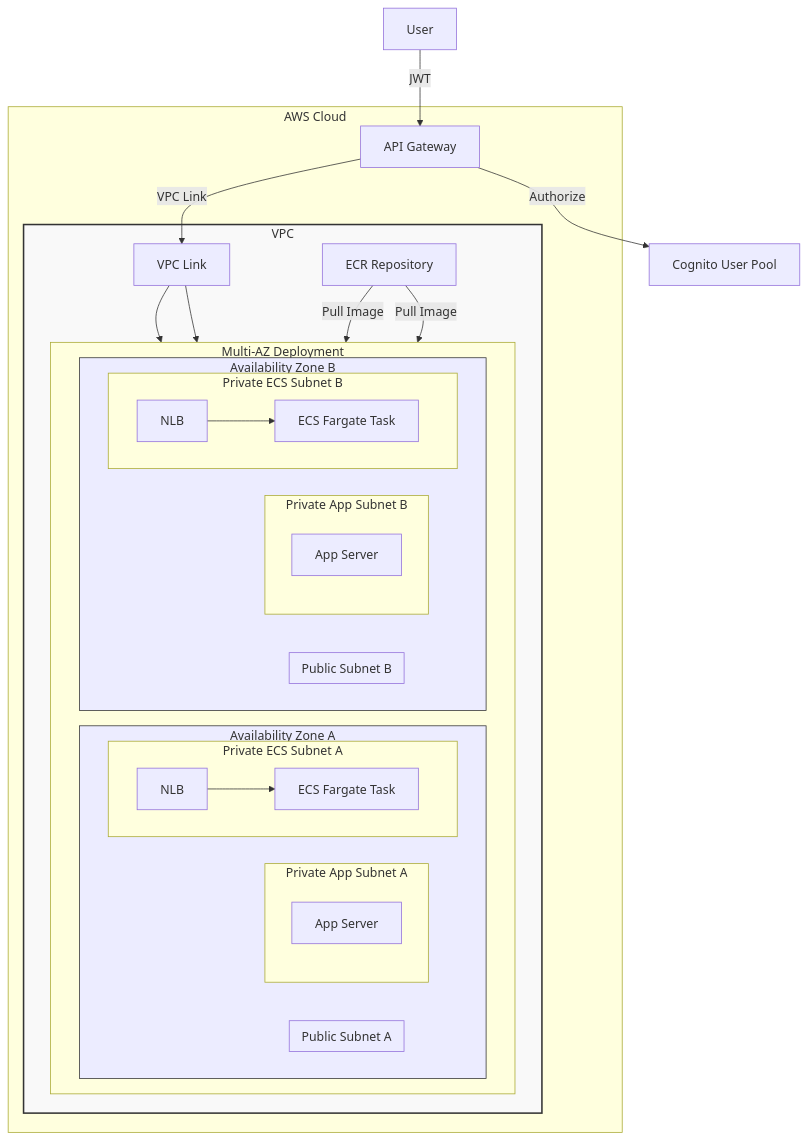
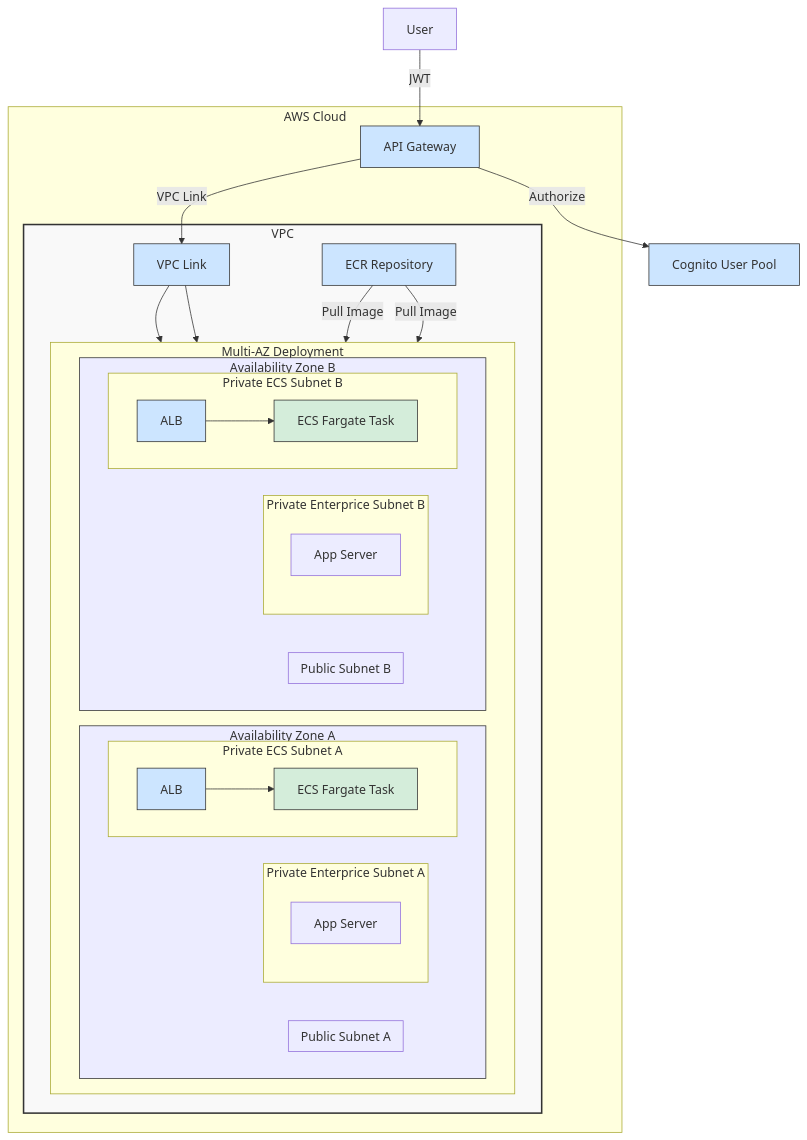
Before and after one commit to RcZo-2/aws-ecs-terraform: the diagram in README.md, drawn with Mermaid. The commit also changed other lines of this file and 8 other files, not shown here.

````diff
--- a/README.md
+++ b/README.md
@@ -9,50 +9,60 @@
 ```mermaid
 graph TD
     User[User] -- JWT --> APIGW[API Gateway]
     APIGW -- Authorize --> Cognito[Cognito User Pool]
     
     subgraph "AWS Cloud"
         APIGW -- VPC Link --> VPCLink
 
         subgraph VPC["VPC"]
             VPCLink[VPC Link]
 
             subgraph "Multi-AZ Deployment"
                 direction LR
                 subgraph AZA["Availability Zone A"]
                     subgraph "Public Subnet A"
                     end
-                    subgraph "Private App Subnet A"
+                    subgraph "Private Enterprice Subnet A"
                         AppServer_A[App Server]
                     end
                     subgraph "Private ECS Subnet A"
-                        NLB_A[NLB]
+                        ALB_A[ALB]
                         FargateTask_A[ECS Fargate Task]
                     end
                 end
 
                 subgraph AZB["Availability Zone B"]
                     subgraph "Public Subnet B"
                     end
-                    subgraph "Private App Subnet B"
+                    subgraph "Private Enterprice Subnet B"
                         AppServer_B[App Server]
                     end
                     subgraph "Private ECS Subnet B"
-                        NLB_B[NLB]
+                        ALB_B[ALB]
                         FargateTask_B[ECS Fargate Task]
                     end
                 end
             end
    
-            VPCLink --> NLB_A & NLB_B
-            NLB_A --> FargateTask_A
-            NLB_B --> FargateTask_B
+            VPCLink --> ALB_A & ALB_B
+            ALB_A --> FargateTask_A
+            ALB_B --> FargateTask_B
             
             ECR[ECR Repository] -- Pull Image --> FargateTask_A & FargateTask_B
         end
     end
 
     style VPC fill:#f9f9f9,stroke:#333,stroke-width:2px
     style AZA fill:#ececff,stroke:#333,stroke-width:1px
     style AZB fill:#ececff,stroke:#333,stroke-width:1px
+
+    style APIGW fill:#cce5ff,stroke:#333,stroke-width:1px
+    style Cognito fill:#cce5ff,stroke:#333,stroke-width:1px
+    style VPCLink fill:#cce5ff,stroke:#333,stroke-width:1px
+    style ALB_A fill:#cce5ff,stroke:#333,stroke-width:1px
+    style ALB_B fill:#cce5ff,stroke:#333,stroke-width:1px
+    style ECR fill:#cce5ff,stroke:#333,stroke-width:1px
+
+    style FargateTask_A fill:#d4edda,stroke:#333,stroke-width:1px
+    style FargateTask_B fill:#d4edda,stroke:#333,stroke-width:1px
 ```
````
